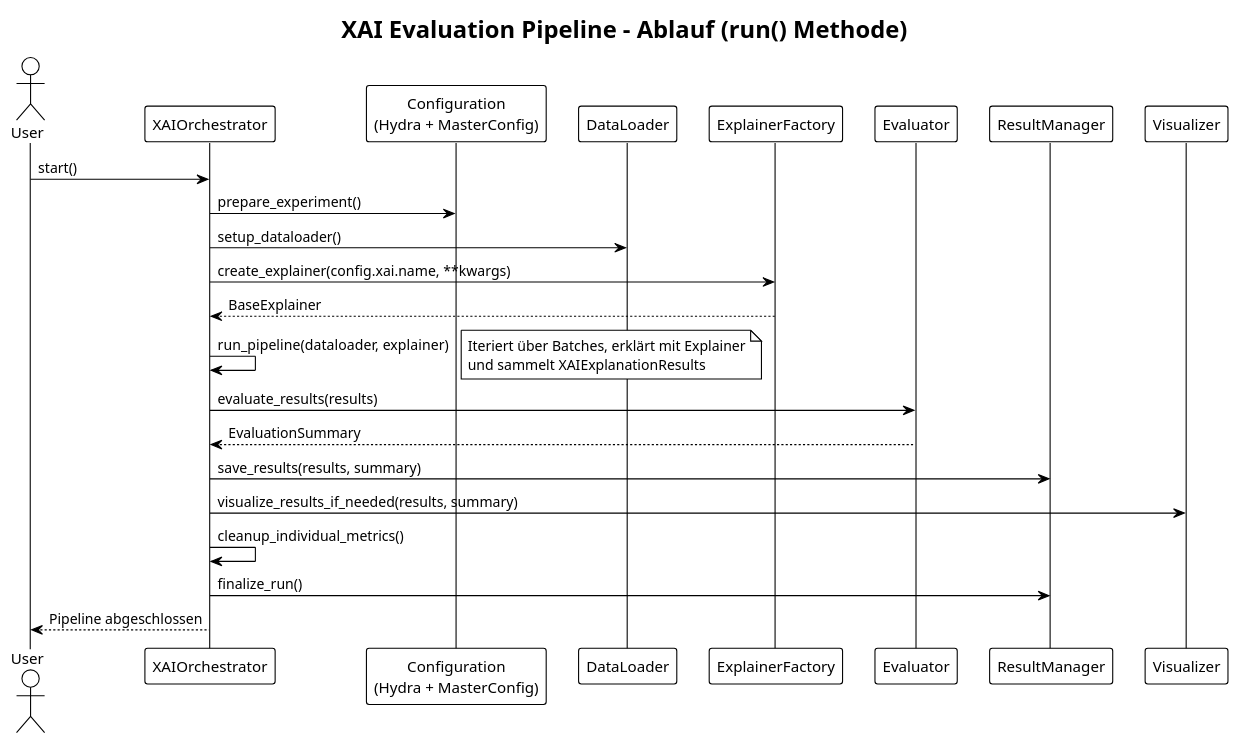
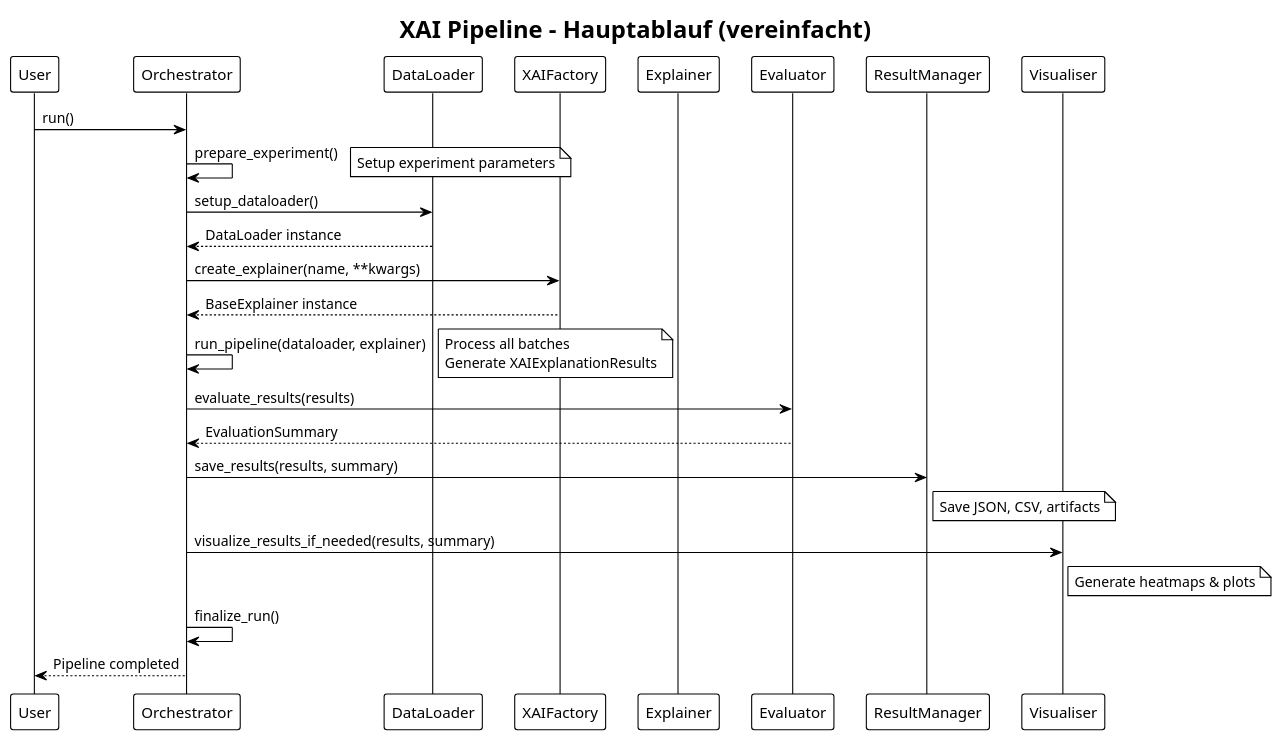
Before and after one commit to shum-panda/xai-eval-pipeline: the diagram in Documentation/general_pipeline.puml, drawn with PlantUML. The commit also changed other lines of this file, not shown here.

Commit message:
add diagramm

```diff
--- a/Documentation/general_pipeline.puml
+++ b/Documentation/general_pipeline.puml
@@ -1,36 +1,50 @@
-@startuml xai_pipeline_flow
+@startuml main_pipeline_sequence
 !theme plain
-title XAI Evaluation Pipeline – Ablauf (run() Methode)
+title XAI Pipeline - Hauptablauf (vereinfacht)
 
-actor User
-participant "XAIOrchestrator" as Orchestrator
-participant "Configuration\n(Hydra + MasterConfig)" as Config
-participant "DataLoader" as Dataloader
-participant "ExplainerFactory" as XAIFactory
-participant "Evaluator" as Evaluator
-participant "ResultManager" as Result
-participant "Visualizer" as Visualiser
+participant User
+participant Orchestrator
+participant DataLoader
+participant XAIFactory
+participant Explainer as BaseExplainer
+participant Evaluator
+participant ResultManager
+participant Visualiser
 
-User -> Orchestrator : start()
-Orchestrator -> Config : prepare_experiment()
-Orchestrator -> Dataloader : setup_dataloader()
-Orchestrator -> XAIFactory : create_explainer(config.xai.name, **kwargs)
-XAIFactory --> Orchestrator : BaseExplainer
+User -> Orchestrator: run()
 
-Orchestrator -> Orchestrator : run_pipeline(dataloader, explainer)
+Orchestrator -> Orchestrator: prepare_experiment()
 note right
-Iteriert über Batches, erklärt mit Explainer
-und sammelt XAIExplanationResults
+Setup experiment parameters
 end note
 
-Orchestrator -> Evaluator : evaluate_results(results)
-Evaluator --> Orchestrator : EvaluationSummary
+Orchestrator -> DataLoader: setup_dataloader()
+DataLoader --> Orchestrator: DataLoader instance
 
-Orchestrator -> Result : save_results(results, summary)
-Orchestrator -> Visualiser : visualize_results_if_needed(results, summary)
-Orchestrator -> Orchestrator : cleanup_individual_metrics()
-Orchestrator -> Result : finalize_run()
+Orchestrator -> XAIFactory: create_explainer(name, **kwargs)
+XAIFactory --> Orchestrator: BaseExplainer instance
 
-User <-- Orchestrator : Pipeline abgeschlossen
+Orchestrator -> Orchestrator: run_pipeline(dataloader, explainer)
+note right
+Process all batches
+Generate XAIExplanationResults
+end note
+
+Orchestrator -> Evaluator: evaluate_results(results)
+Evaluator --> Orchestrator: EvaluationSummary
+
+Orchestrator -> ResultManager: save_results(results, summary)
+note right of ResultManager
+Save JSON, CSV, artifacts
+end note
+
+Orchestrator -> Visualiser: visualize_results_if_needed(results, summary)
+note right of Visualiser
+Generate heatmaps & plots
+end note
+
+Orchestrator -> Orchestrator: finalize_run()
+
+Orchestrator --> User: Pipeline completed
 
 @enduml
```
